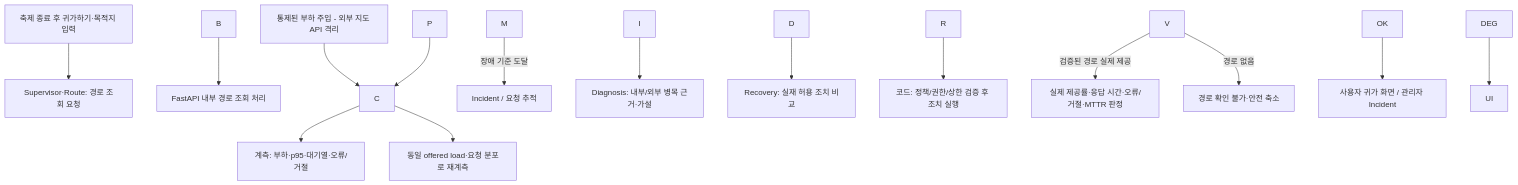
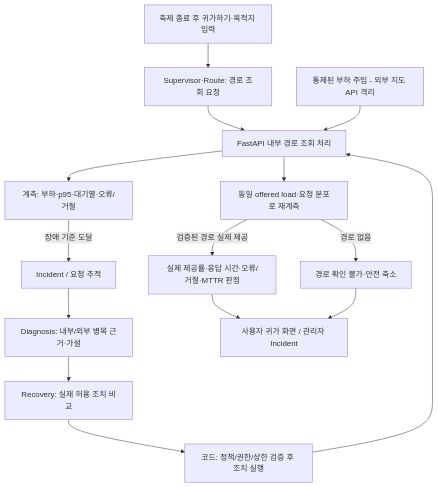
Before and after one commit to yubeenjjang/Final3team: the fourth of 4 diagrams in Docs/Step 1/놀다가_기획서.md, drawn with Mermaid. The commit also changed other lines of this file and 2 other files, not shown here.

````diff
--- a/Docs/Step 1/놀다가_기획서.md
+++ b/Docs/Step 1/놀다가_기획서.md
@@ -1225,17 +1202,17 @@
 ```mermaid
 flowchart TD
-  A\[축제 종료 후 귀가하기·목적지 입력] --> B\[Supervisor·Route: 경로 조회 요청]
-  B --> C\[FastAPI 내부 경로 조회 처리]
-  T\[통제된 부하 주입 - 외부 지도 API 격리] --> C
-  C --> M\[계측: 부하·p95·대기열·오류/거절]
-  M -->|장애 기준 도달| I\[Incident / 요청 추적]
-  I --> D\[Diagnosis: 내부/외부 병목 근거·가설]
-  D --> R\[Recovery: 실재 허용 조치 비교]
-  R --> P\[코드: 정책/권한/상한 검증 후 조치 실행]
+  A[축제 종료 후 귀가하기·목적지 입력] --> B[Supervisor·Route: 경로 조회 요청]
+  B --> C[FastAPI 내부 경로 조회 처리]
+  T[통제된 부하 주입 - 외부 지도 API 격리] --> C
+  C --> M[계측: 부하·p95·대기열·오류/거절]
+  M -->|장애 기준 도달| I[Incident / 요청 추적]
+  I --> D[Diagnosis: 내부/외부 병목 근거·가설]
+  D --> R[Recovery: 실재 허용 조치 비교]
+  R --> P[코드: 정책/권한/상한 검증 후 조치 실행]
   P --> C
-  C --> V\[동일 offered load·요청 분포로 재계측]
-  V -->|검증된 경로 실제 제공| OK\[실제 제공률·응답 시간·오류/거절·MTTR 판정]
-  V -->|경로 없음| DEG\[경로 확인 불가·안전 축소]
-  OK --> UI\[사용자 귀가 화면 / 관리자 Incident]
+  C --> V[동일 offered load·요청 분포로 재계측]
+  V -->|검증된 경로 실제 제공| OK[실제 제공률·응답 시간·오류/거절·MTTR 판정]
+  V -->|경로 없음| DEG[경로 확인 불가·안전 축소]
+  OK --> UI[사용자 귀가 화면 / 관리자 Incident]
   DEG --> UI
 ```
````
